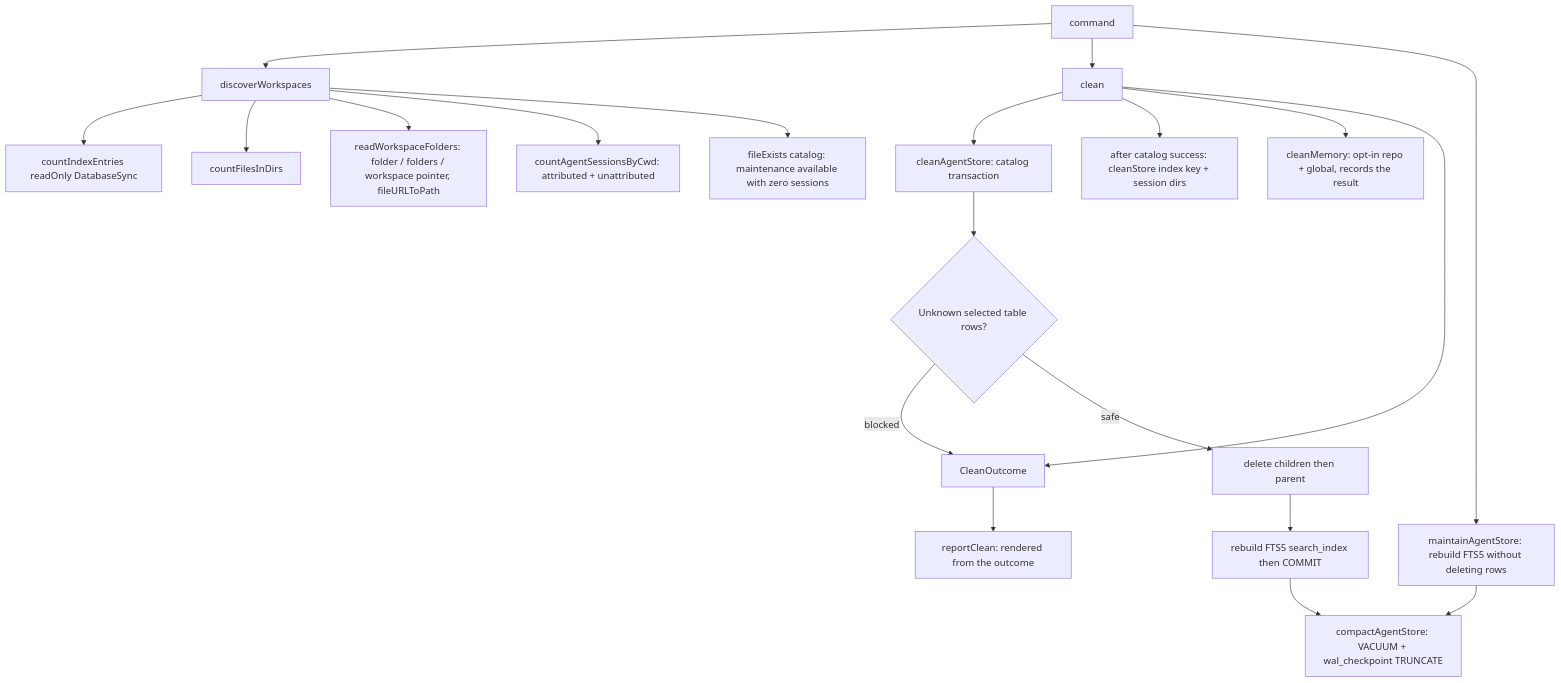
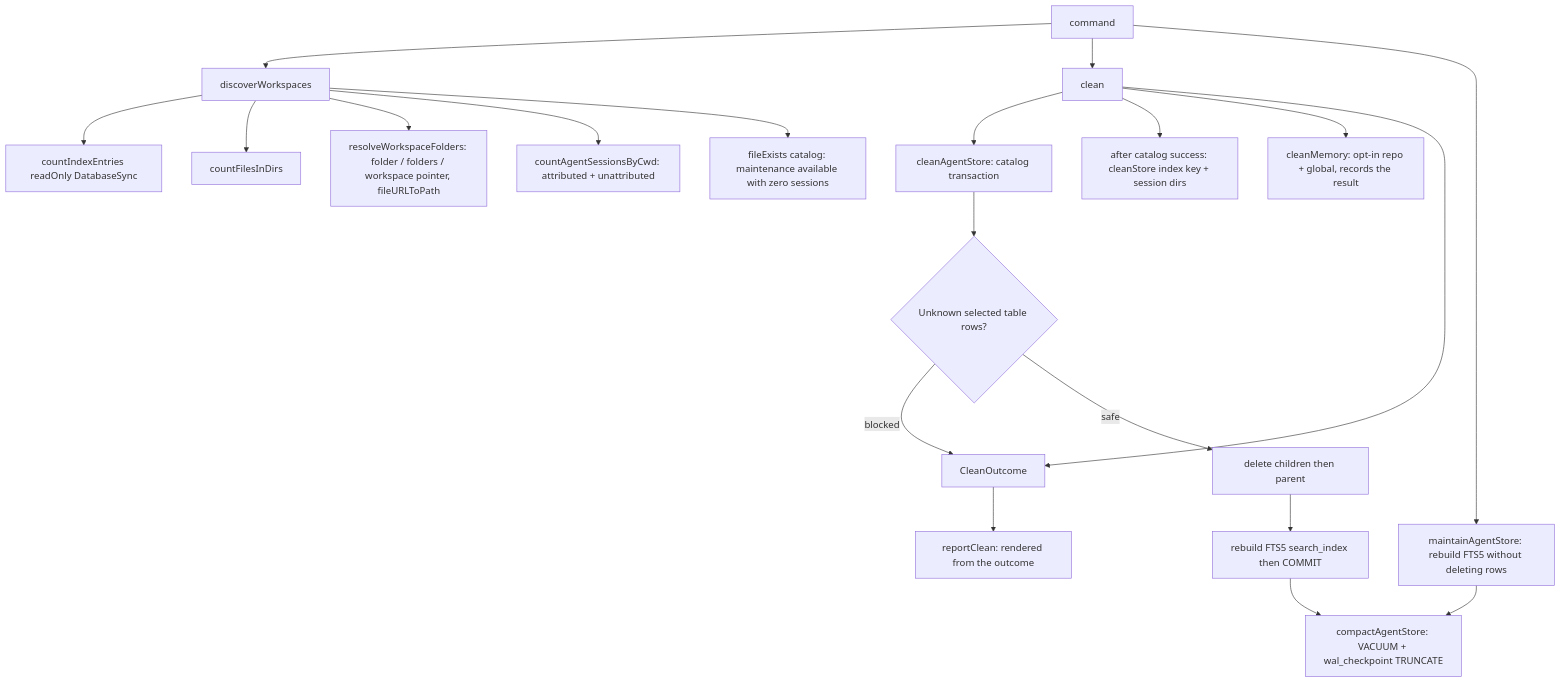
Diagram 17 of 18 in docs/complexity-audit.md (fuzzifikation/vLLM-Copilot), drawn with Mermaid before and after one commit. The commit also changed other lines of this file and 8 other files, not shown here.

````diff
--- a/docs/complexity-audit.md
+++ b/docs/complexity-audit.md
@@ -648,22 +648,22 @@
 ```mermaid
 flowchart TD
     CMD[command] --> DISC[discoverWorkspaces]
     DISC --> CNT[countIndexEntries readOnly DatabaseSync]
     DISC --> FSC[countFilesInDirs]
-    DISC --> FOLD[readWorkspaceFolders: folder / folders / workspace pointer, fileURLToPath]
+    DISC --> FOLD[resolveWorkspaceFolders: folder / folders / workspace pointer, fileURLToPath]
     DISC --> CAT[countAgentSessionsByCwd: attributed + unattributed]
     DISC --> PRES[fileExists catalog: maintenance available with zero sessions]
     CMD --> CLEAN[clean]
     CLEAN --> AG[cleanAgentStore: catalog transaction]
     AG --> GUARD{Unknown selected table rows?}
     GUARD -->|blocked| OUT
     GUARD -->|safe| DEL[delete children then parent]
     DEL --> IDX[rebuild FTS5 search_index then COMMIT]
     IDX --> VAC[compactAgentStore: VACUUM + wal_checkpoint TRUNCATE]
     CLEAN --> STORE[after catalog success: cleanStore index key + session dirs]
     CLEAN --> MEM[cleanMemory: opt-in repo + global, records the result]
     CMD --> MAINT[maintainAgentStore: rebuild FTS5 without deleting rows]
     MAINT --> VAC
     CLEAN --> OUT[CleanOutcome]
     OUT --> REPORT[reportClean: rendered from the outcome]
 ```
````
